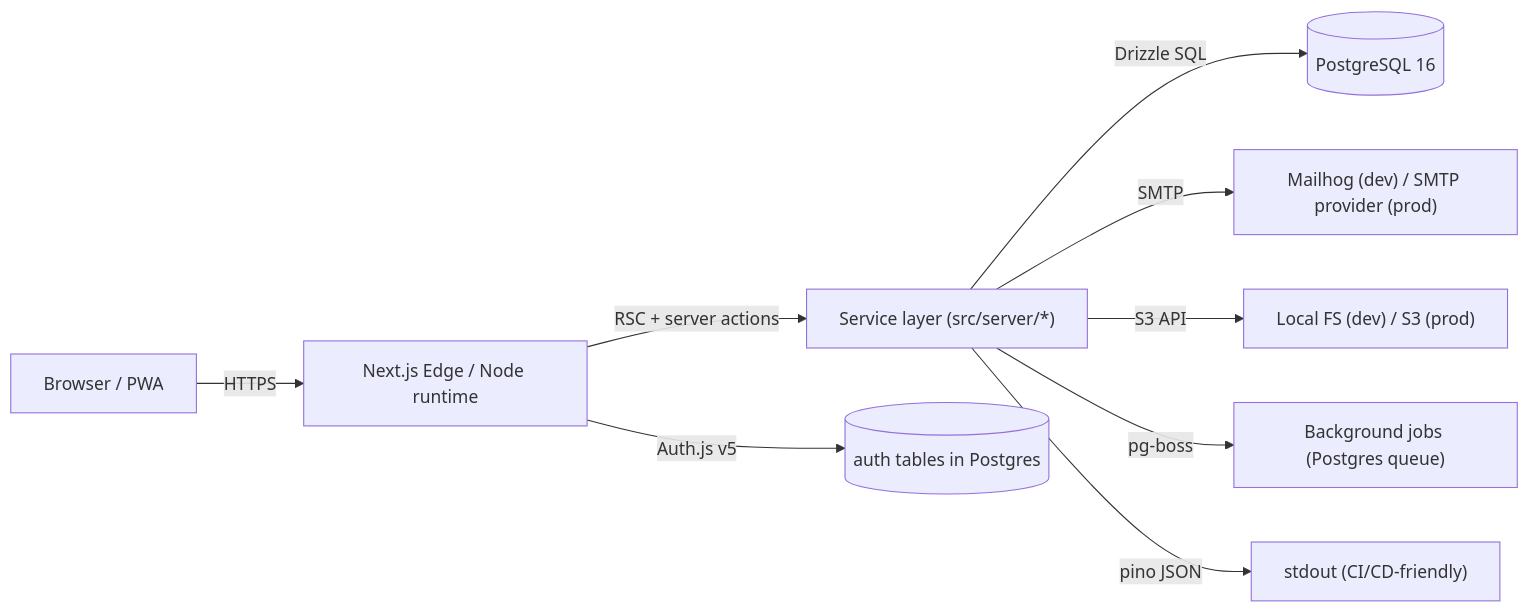
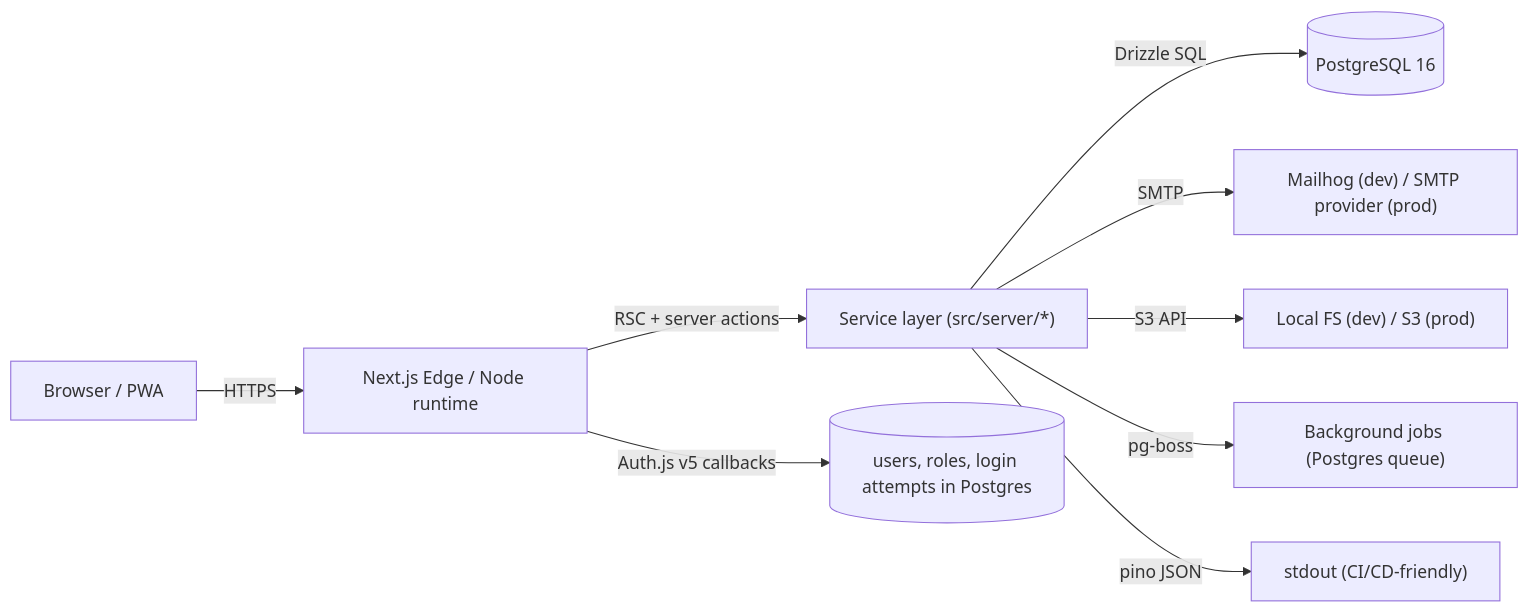
One commit to OmChng/karate-app changed the diagram in docs/architecture.md. Above: the diagram before and after it, drawn with Mermaid. The commit also changed other lines of this file and 25 other files, not shown here.

````diff
--- a/docs/architecture.md
+++ b/docs/architecture.md
@@ -35,11 +35,11 @@
 ```mermaid
 flowchart LR
   Browser["Browser / PWA"] -->|HTTPS| Edge["Next.js Edge / Node runtime"]
   Edge -->|RSC + server actions| Services["Service layer (src/server/*)"]
   Services -->|Drizzle SQL| Postgres[("PostgreSQL 16")]
   Services -->|SMTP| Mail["Mailhog (dev) / SMTP provider (prod)"]
   Services -->|S3 API| Storage["Local FS (dev) / S3 (prod)"]
   Services -->|pg-boss| Jobs["Background jobs (Postgres queue)"]
-  Edge -->|Auth.js v5| AuthDB[("auth tables in Postgres")]
+  Edge -->|Auth.js v5 callbacks| AuthDB[("users, roles, login attempts in Postgres")]
   Services -->|pino JSON| Logs["stdout (CI/CD-friendly)"]
 ```
````
